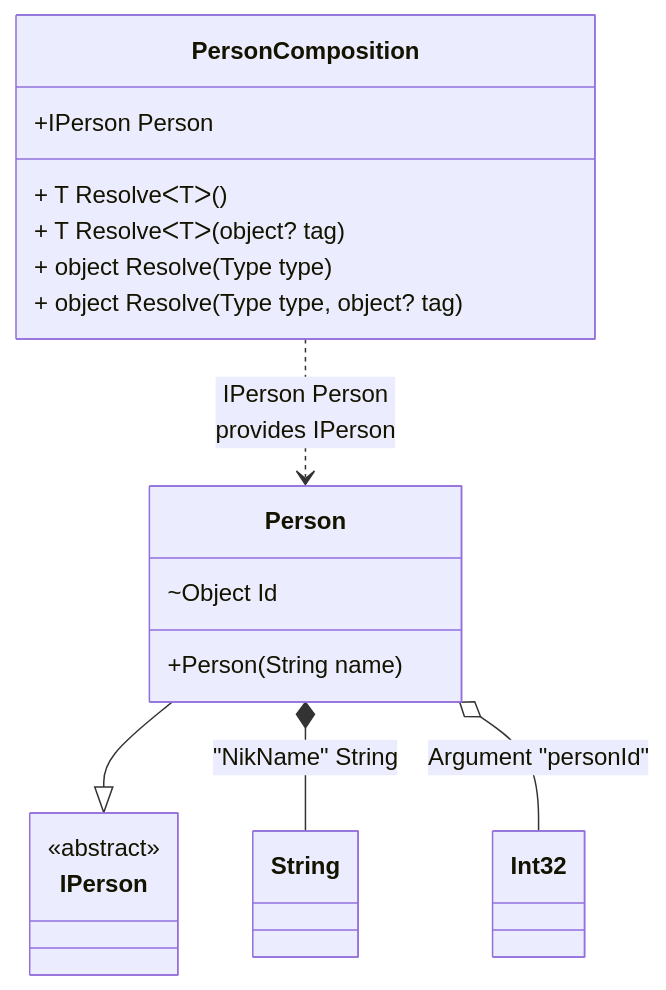
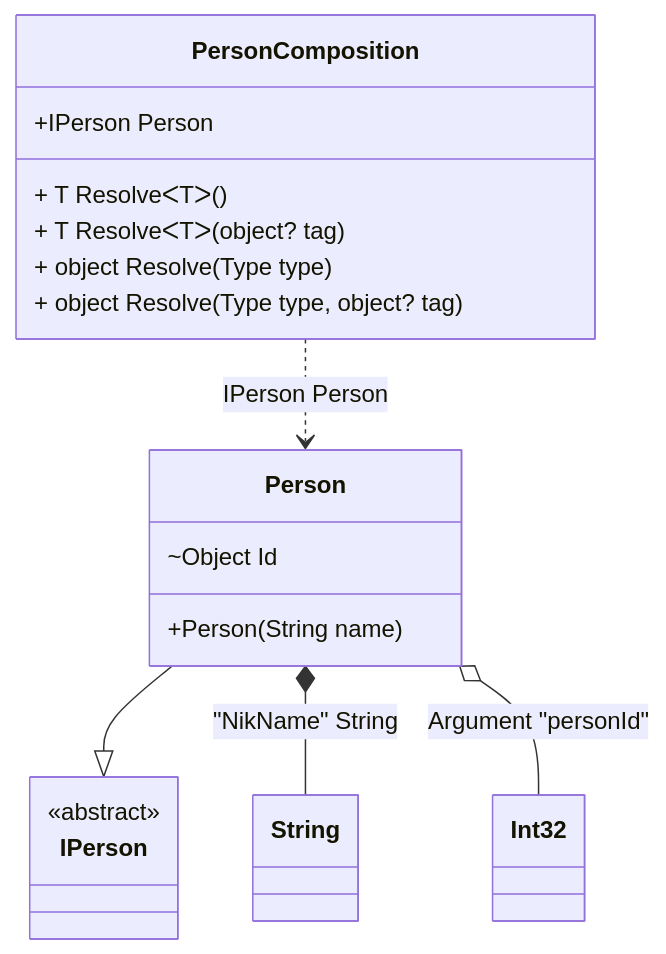
Before and after one commit to DevTeam/Pure.DI: the diagram in readme/custom-attributes.md, drawn with Mermaid. The commit also changed other lines of this file and 74 other files, not shown here.

````diff
--- a/readme/custom-attributes.md
+++ b/readme/custom-attributes.md
@@ -58,23 +58,23 @@
 ```mermaid
 classDiagram
   class PersonComposition {
     +IPerson Person
     + T ResolveᐸTᐳ()
     + T ResolveᐸTᐳ(object? tag)
     + object Resolve(Type type)
     + object Resolve(Type type, object? tag)
   }
   class String
   class Int32
   Person --|> IPerson : 
   class Person {
     +Person(String name)
     ~Object Id
   }
   class IPerson {
     <<abstract>>
   }
   Person *--  String : "NikName"  String
   Person o-- Int32 : Argument "personId"
-  PersonComposition ..> Person : IPerson Person<br/>provides IPerson
+  PersonComposition ..> Person : IPerson Person
 ```
````
